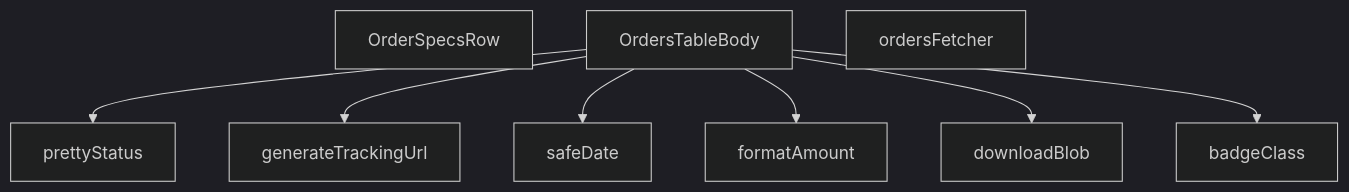
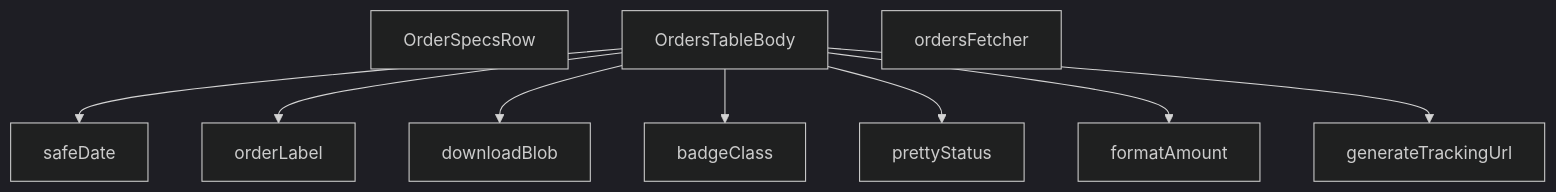
Before and after one commit to peckop/venthub-hvac-esite: the diagram in src/views/admin/OrdersTableBody.md, drawn with Mermaid (dark theme). The commit also changed other lines of this file and 4 other files, not shown here.

````diff
--- a/src/views/admin/OrdersTableBody.md
+++ b/src/views/admin/OrdersTableBody.md
@@ -433,18 +388,20 @@
 ```mermaid
 graph TD
     OrdersTableBody_tsx__OrderSpecsRow["OrderSpecsRow"]
     OrdersTableBody_tsx__OrdersTableBody["OrdersTableBody"]
     OrdersTableBody_tsx__badgeClass["badgeClass"]
     OrdersTableBody_tsx__downloadBlob["downloadBlob"]
     OrdersTableBody_tsx__formatAmount["formatAmount"]
     OrdersTableBody_tsx__generateTrackingUrl["generateTrackingUrl"]
+    OrdersTableBody_tsx__orderLabel["orderLabel"]
     OrdersTableBody_tsx__ordersFetcher["ordersFetcher"]
     OrdersTableBody_tsx__prettyStatus["prettyStatus"]
     OrdersTableBody_tsx__safeDate["safeDate"]
-    OrdersTableBody_tsx__OrdersTableBody --> OrdersTableBody_tsx__prettyStatus
-    OrdersTableBody_tsx__OrdersTableBody --> OrdersTableBody_tsx__generateTrackingUrl
     OrdersTableBody_tsx__OrdersTableBody --> OrdersTableBody_tsx__safeDate
-    OrdersTableBody_tsx__OrdersTableBody --> OrdersTableBody_tsx__formatAmount
+    OrdersTableBody_tsx__OrdersTableBody --> OrdersTableBody_tsx__orderLabel
     OrdersTableBody_tsx__OrdersTableBody --> OrdersTableBody_tsx__downloadBlob
     OrdersTableBody_tsx__OrdersTableBody --> OrdersTableBody_tsx__badgeClass
+    OrdersTableBody_tsx__OrdersTableBody --> OrdersTableBody_tsx__prettyStatus
+    OrdersTableBody_tsx__OrdersTableBody --> OrdersTableBody_tsx__formatAmount
+    OrdersTableBody_tsx__OrdersTableBody --> OrdersTableBody_tsx__generateTrackingUrl
 ```
````
